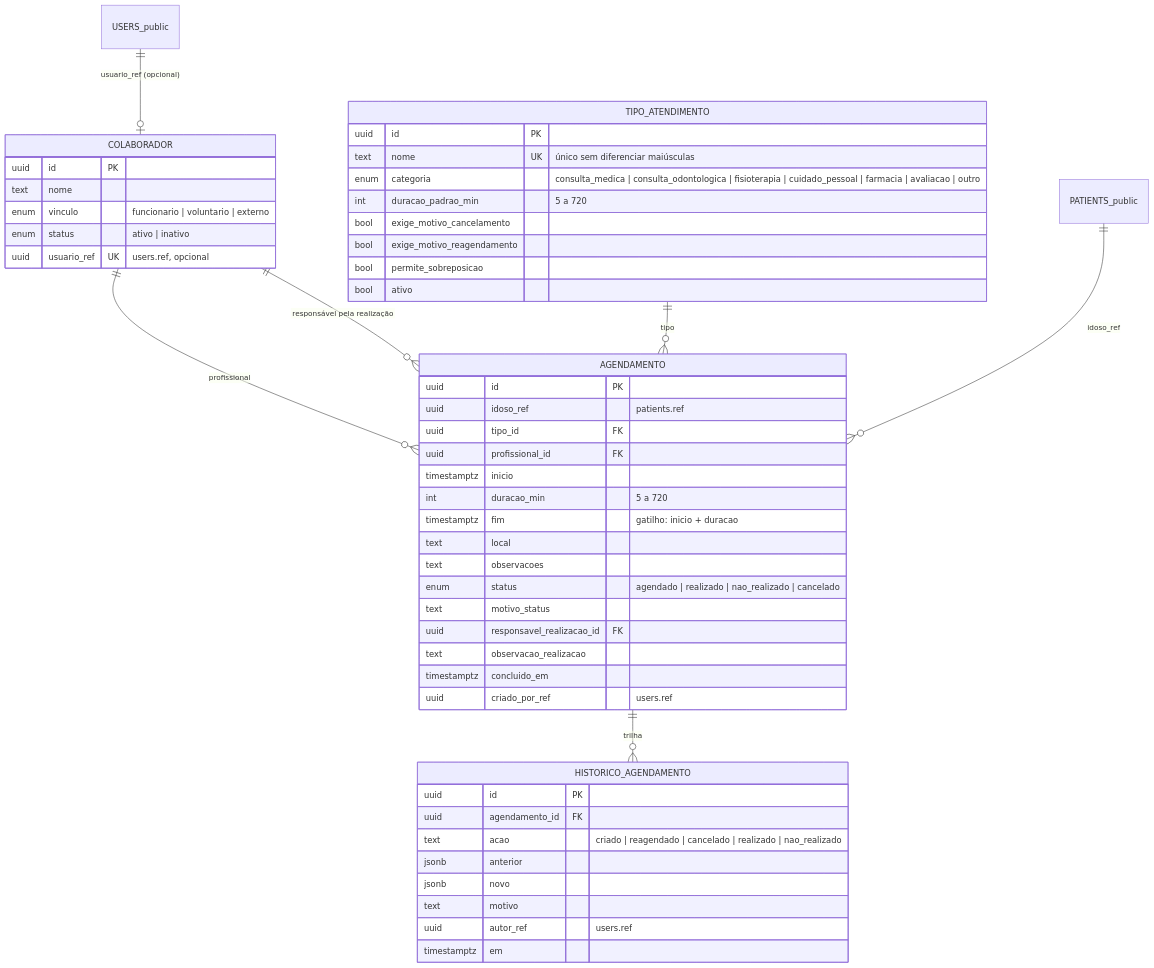
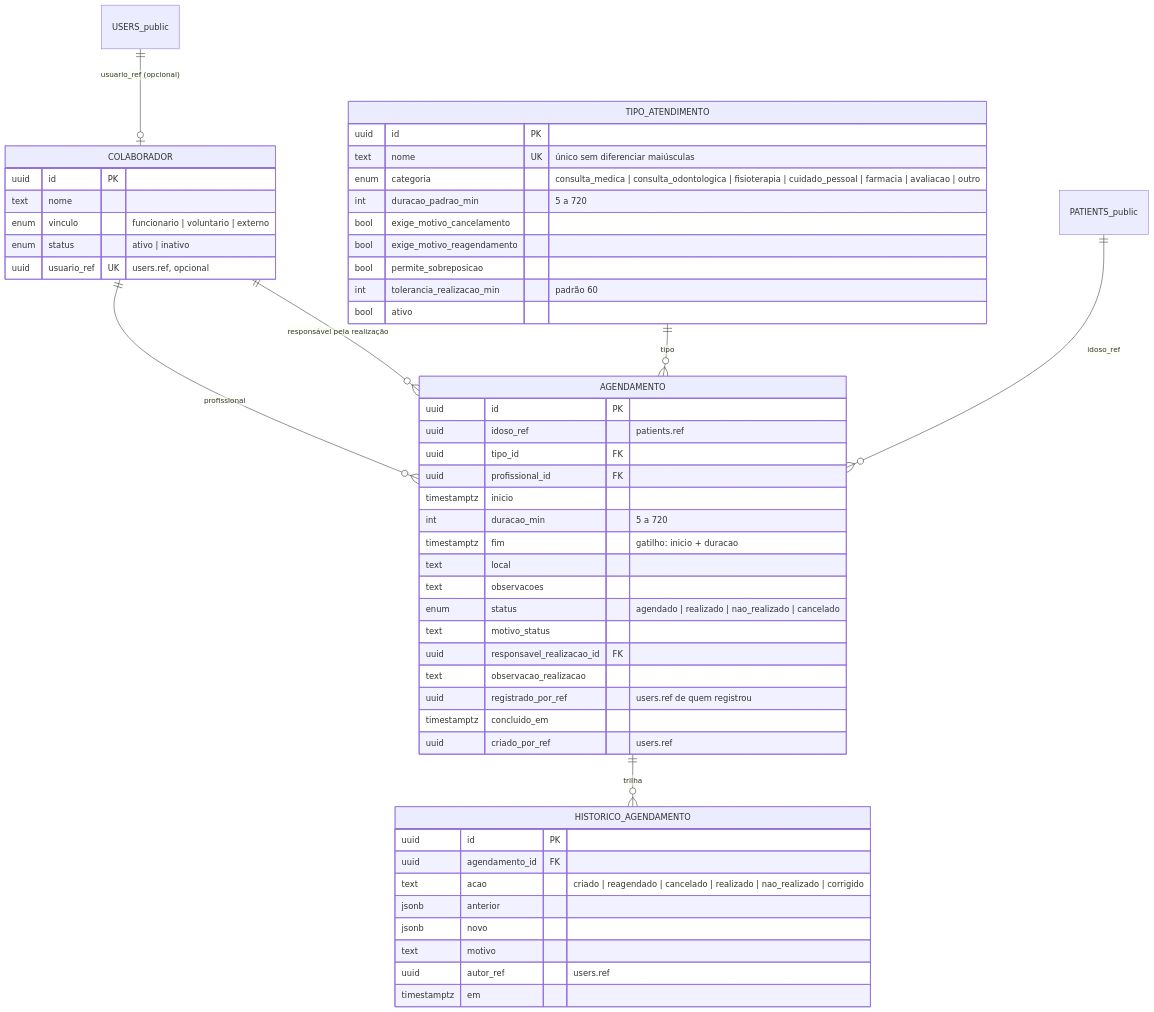
The diagram in docs/grupo3/README.md (franklinferreiraf/Api-sislar), drawn with Mermaid before and after one commit. The commit also changed other lines of this file and 10 other files, not shown here.

First line of the commit message:
Grupo 3 — ajustes da Fatia 1: tolerância, registrado_por e correção

````diff
--- a/docs/grupo3/README.md
+++ b/docs/grupo3/README.md
@@ -37,54 +61,56 @@
 ```mermaid
 erDiagram
     COLABORADOR ||--o{ AGENDAMENTO : "profissional"
     COLABORADOR ||--o{ AGENDAMENTO : "responsável pela realização"
     TIPO_ATENDIMENTO ||--o{ AGENDAMENTO : "tipo"
     AGENDAMENTO ||--o{ HISTORICO_AGENDAMENTO : "trilha"
     USERS_public ||--o| COLABORADOR : "usuario_ref (opcional)"
     PATIENTS_public ||--o{ AGENDAMENTO : "idoso_ref"
 
     COLABORADOR {
         uuid id PK
         text nome
         enum vinculo "funcionario | voluntario | externo"
         enum status "ativo | inativo"
         uuid usuario_ref UK "users.ref, opcional"
     }
     TIPO_ATENDIMENTO {
         uuid id PK
         text nome UK "único sem diferenciar maiúsculas"
         enum categoria "consulta_medica | consulta_odontologica | fisioterapia | cuidado_pessoal | farmacia | avaliacao | outro"
         int duracao_padrao_min "5 a 720"
         bool exige_motivo_cancelamento
         bool exige_motivo_reagendamento
         bool permite_sobreposicao
+        int tolerancia_realizacao_min "padrão 60"
         bool ativo
     }
     AGENDAMENTO {
         uuid id PK
         uuid idoso_ref "patients.ref"
         uuid tipo_id FK
         uuid profissional_id FK
         timestamptz inicio
         int duracao_min "5 a 720"
         timestamptz fim "gatilho: inicio + duracao"
         text local
         text observacoes
         enum status "agendado | realizado | nao_realizado | cancelado"
         text motivo_status
         uuid responsavel_realizacao_id FK
         text observacao_realizacao
+        uuid registrado_por_ref "users.ref de quem registrou"
         timestamptz concluido_em
         uuid criado_por_ref "users.ref"
     }
     HISTORICO_AGENDAMENTO {
         uuid id PK
         uuid agendamento_id FK
-        text acao "criado | reagendado | cancelado | realizado | nao_realizado"
+        text acao "criado | reagendado | cancelado | realizado | nao_realizado | corrigido"
         jsonb anterior
         jsonb novo
         text motivo
         uuid autor_ref "users.ref"
         timestamptz em
     }
 ```
````
